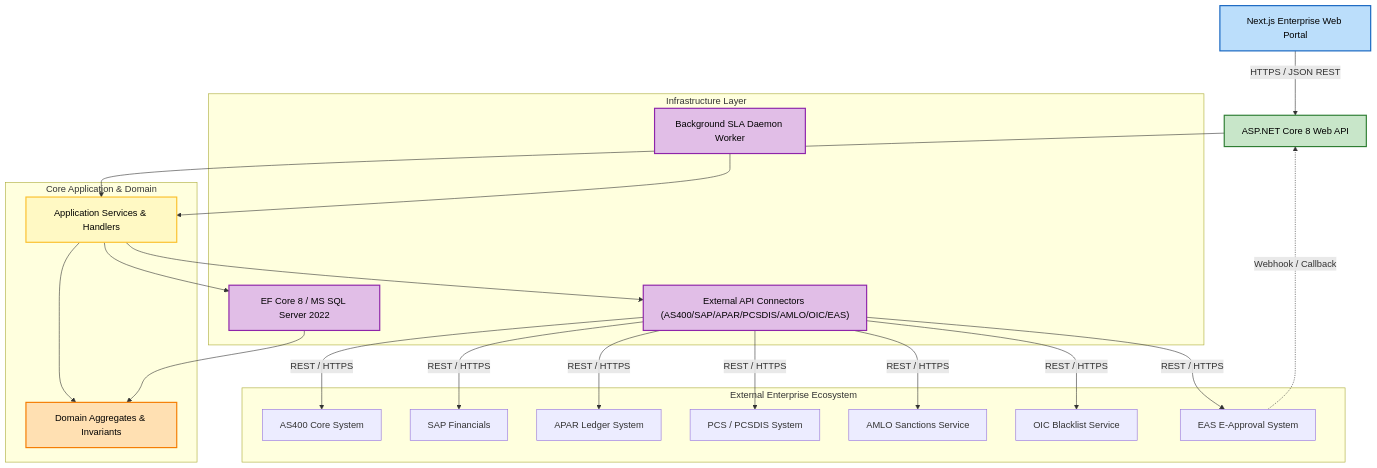
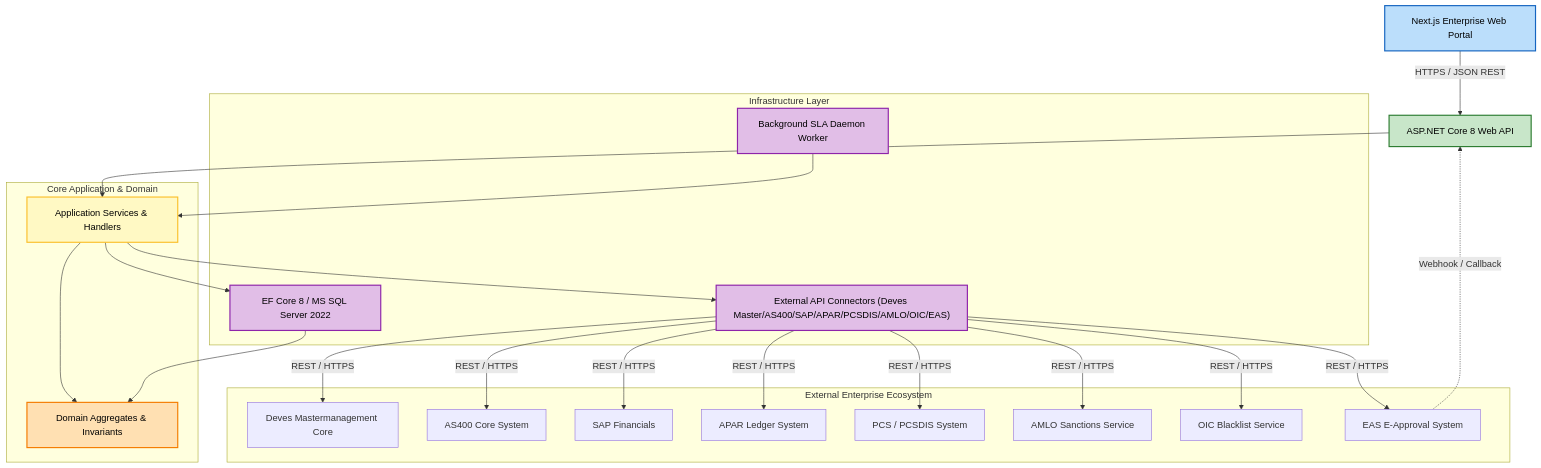
Before and after one commit to Nineteens19/DVS_ManagedAgentBroker: the diagram in aidlc-docs/inception/application-design/component-dependency.md, drawn with Mermaid. The commit also changed 54 other files, not shown here.

````diff
--- a/aidlc-docs/inception/application-design/component-dependency.md
+++ b/aidlc-docs/inception/application-design/component-dependency.md
@@ -23,51 +23,53 @@
 ```mermaid
 flowchart TD
     WebClient["Next.js Enterprise Web Portal"]
     WebAPI["ASP.NET Core 8 Web API"]
     
     subgraph APP_CORE["Core Application & Domain"]
         AppServices["Application Services & Handlers"]
         DomainCore["Domain Aggregates & Invariants"]
     end
     
     subgraph INFRA["Infrastructure Layer"]
         EFData["EF Core 8 / MS SQL Server 2022"]
         BgWorker["Background SLA Daemon Worker"]
-        ExtClients["External API Connectors (AS400/SAP/APAR/PCSDIS/AMLO/OIC/EAS)"]
+        ExtClients["External API Connectors (Deves Master/AS400/SAP/APAR/PCSDIS/AMLO/OIC/EAS)"]
     end
     
     subgraph EXT_SYSTEMS["External Enterprise Ecosystem"]
+        DevesMaster["Deves Mastermanagement Core"]
         AS400["AS400 Core System"]
         SAP["SAP Financials"]
         APAR["APAR Ledger System"]
         PCSDIS["PCS / PCSDIS System"]
         AMLO["AMLO Sanctions Service"]
         OIC["OIC Blacklist Service"]
         EAS["EAS E-Approval System"]
     end
 
     WebClient -->|HTTPS / JSON REST| WebAPI
     WebAPI --> AppServices
     AppServices --> DomainCore
     AppServices --> EFData
     AppServices --> ExtClients
     BgWorker --> AppServices
     EFData --> DomainCore
     
+    ExtClients -->|REST / HTTPS| DevesMaster
     ExtClients -->|REST / HTTPS| AS400
     ExtClients -->|REST / HTTPS| SAP
     ExtClients -->|REST / HTTPS| APAR
     ExtClients -->|REST / HTTPS| PCSDIS
     ExtClients -->|REST / HTTPS| AMLO
     ExtClients -->|REST / HTTPS| OIC
     ExtClients -->|REST / HTTPS| EAS
     EAS -.->|Webhook / Callback| WebAPI
 
     style WebClient fill:#BBDEFB,stroke:#1565C0,stroke-width:2px,color:#000
     style WebAPI fill:#C8E6C9,stroke:#2E7D32,stroke-width:2px,color:#000
     style AppServices fill:#FFF9C4,stroke:#FBC02D,stroke-width:2px,color:#000
     style DomainCore fill:#FFE0B2,stroke:#F57C00,stroke-width:2px,color:#000
     style EFData fill:#E1BEE7,stroke:#8E24AA,stroke-width:2px,color:#000
     style BgWorker fill:#E1BEE7,stroke:#8E24AA,stroke-width:2px,color:#000
     style ExtClients fill:#E1BEE7,stroke:#8E24AA,stroke-width:2px,color:#000
 ```
````
